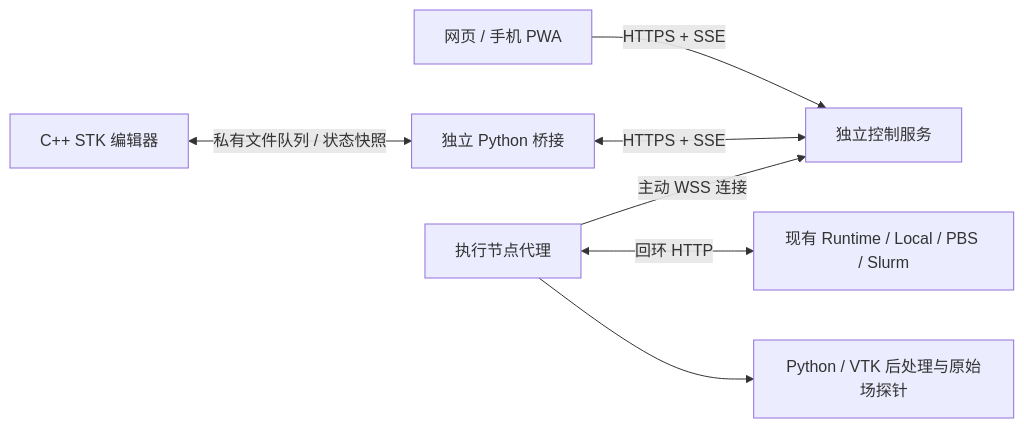
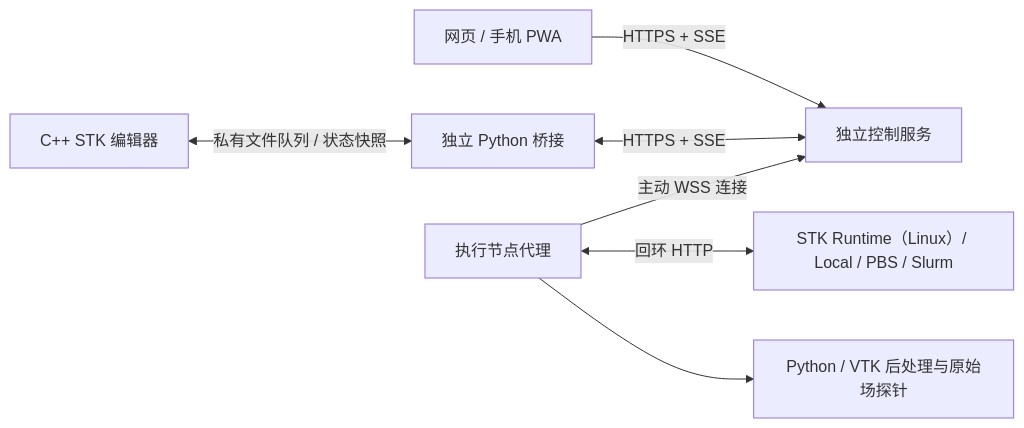
The diagram in blender/README.md (sijintech/stk), drawn with Mermaid before and after one commit. The commit also changed other lines of this file and 14 other files, not shown here.

````diff
--- a/blender/README.md
+++ b/blender/README.md
@@ -87,9 +108,9 @@
 ```mermaid
 flowchart LR
   Phone[网页 / 手机 PWA] -->|HTTPS + SSE| Control[独立控制服务]
   Desktop[C++ STK 编辑器] <-->|私有文件队列 / 状态快照| Bridge[独立 Python 桥接]
   Bridge <-->|HTTPS + SSE| Control
   Node[执行节点代理] -->|主动 WSS 连接| Control
-  Node <-->|回环 HTTP| Runtime[现有 Runtime / Local / PBS / Slurm]
+  Node <-->|回环 HTTP| Runtime[STK Runtime（Linux）/ Local / PBS / Slurm]
   Node --> Post[Python / VTK 后处理与原始场探针]
 ```
````
